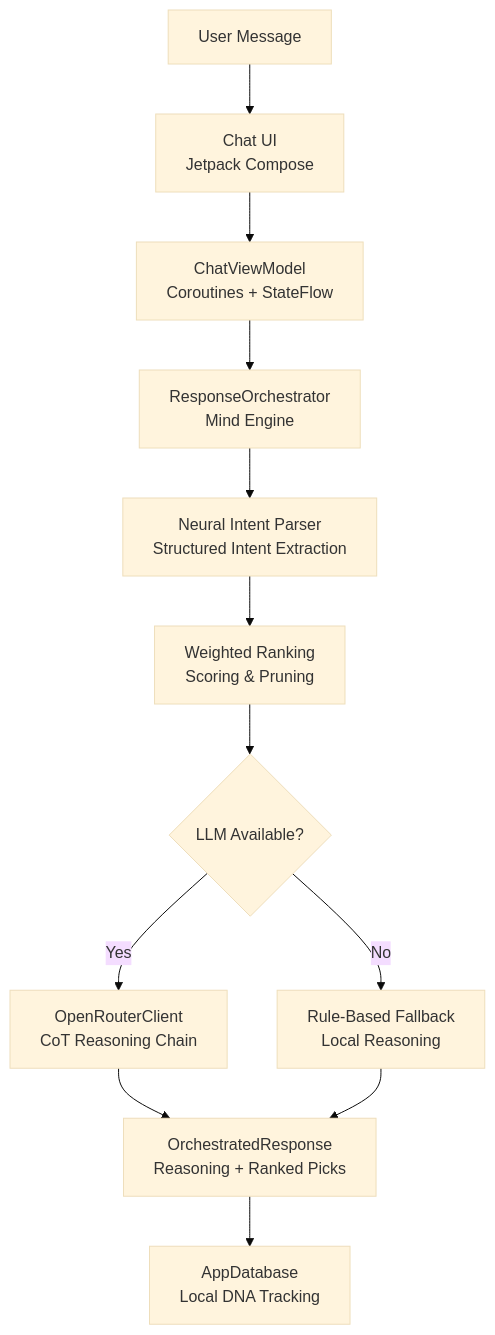
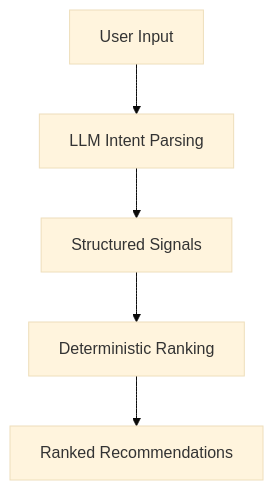
Before and after one commit to rudradave1/SwiggyMind: the diagram in README.md, drawn with Mermaid (base theme). The commit also changed other lines of this file, not shown here.

First line of the commit message:
Revise README with project overview and architecture

````diff
--- a/README.md
+++ b/README.md
@@ -55,18 +113,7 @@
 ```mermaid
 graph TD
-    A[User Message] --> B[Chat UI\nJetpack Compose]
-    B --> C[ChatViewModel\nCoroutines + StateFlow]
-    C --> D[ResponseOrchestrator\nMind Engine]
-
-    D --> E[Neural Intent Parser\nStructured Intent Extraction]
-    E --> F[Weighted Ranking\nScoring & Pruning]
-    
-    F --> G{LLM Available?}
-    G -->|Yes| H[OpenRouterClient\nCoT Reasoning Chain]
-    G -->|No| I[Rule-Based Fallback\nLocal Reasoning]
-
-    H --> J[OrchestratedResponse\nReasoning + Ranked Picks]
-    I --> J
-    
-    J --> K[AppDatabase\nLocal DNA Tracking]
+    A[User Input] --> B[LLM Intent Parsing]
+    B --> C[Structured Signals]
+    C --> D[Deterministic Ranking]
+    D --> E[Ranked Recommendations]
 ```
````
